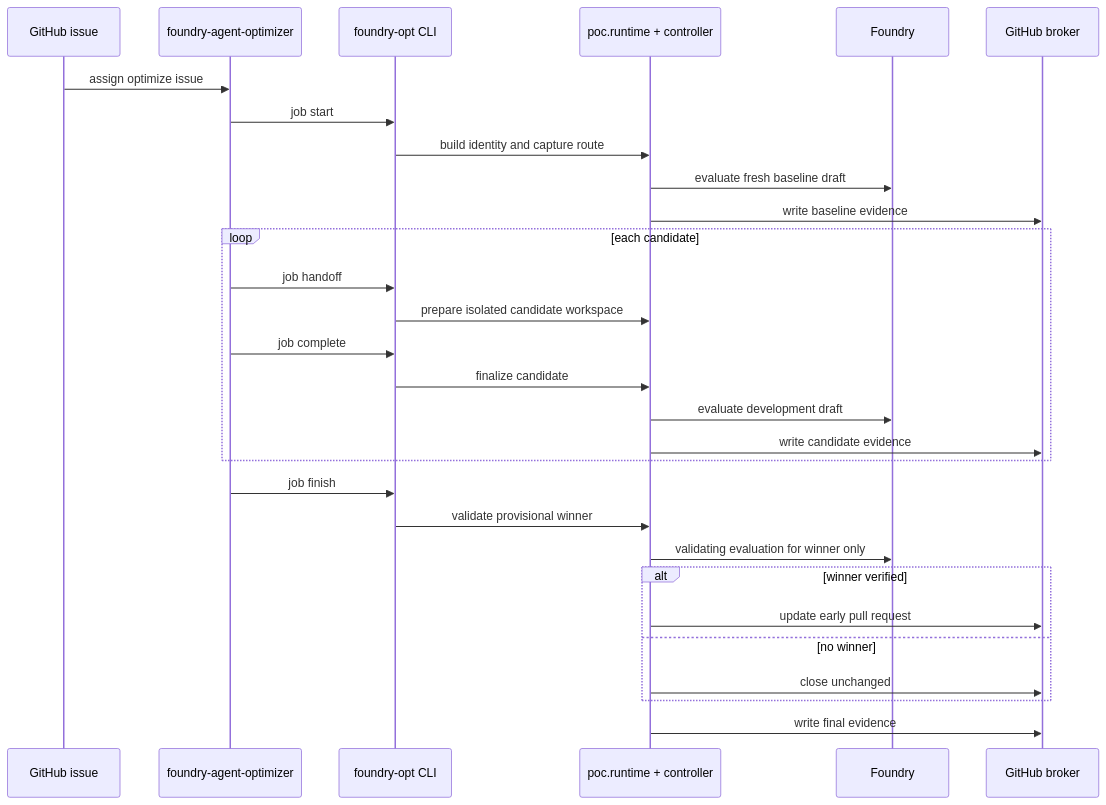
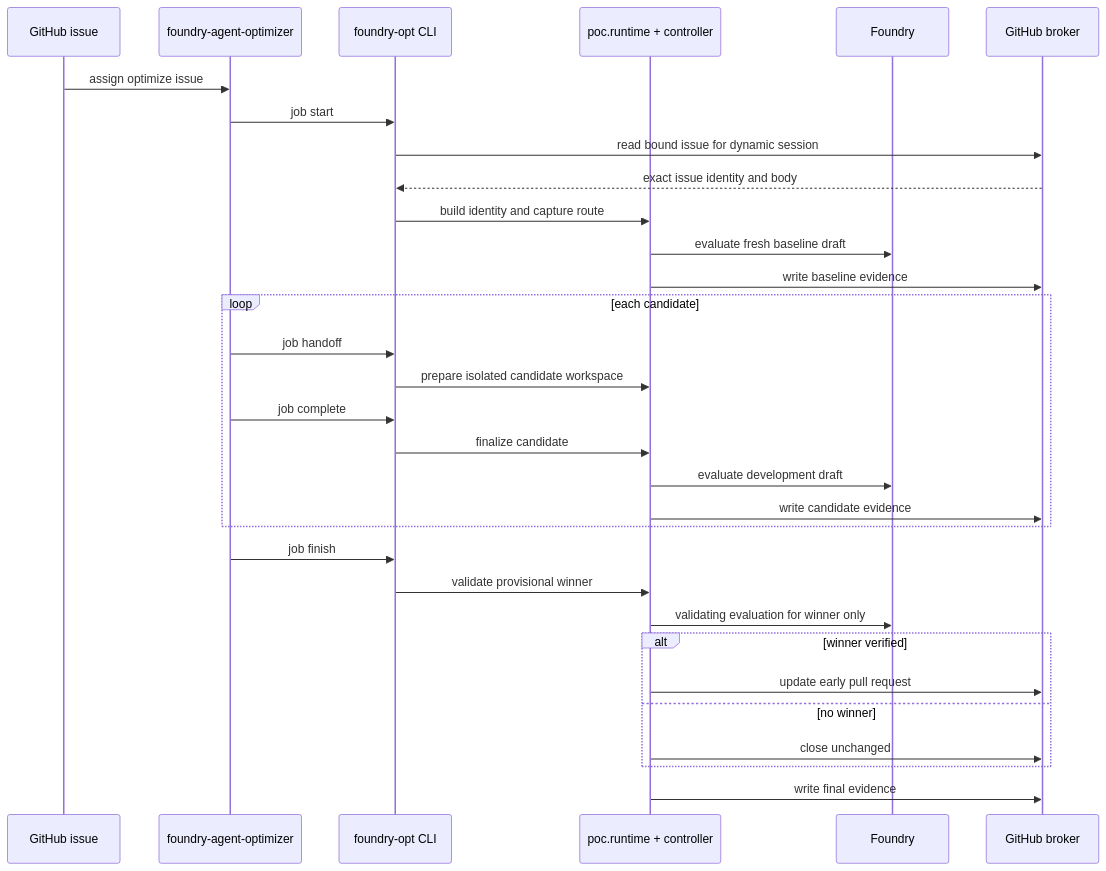
Before and after one commit to XOEEst/foundry-optimizer-coding-agent-plugin: the diagram in docs/architecture/optimize-job.md, drawn with Mermaid. The commit also changed other lines of this file and 6 other files, not shown here.

First line of the commit message:
Resolve Copilot dynamic job issues through the trusted broker

````diff
--- a/docs/architecture/optimize-job.md
+++ b/docs/architecture/optimize-job.md
@@ -44,34 +53,36 @@
 ```mermaid
 sequenceDiagram
     participant Issue as GitHub issue
     participant Skill as foundry-agent-optimizer
     participant CLI as foundry-opt CLI
     participant Runtime as poc.runtime + controller
     participant Foundry
     participant Broker as GitHub broker
 
     Issue->>Skill: assign optimize issue
     Skill->>CLI: job start
+    CLI->>Broker: read bound issue for dynamic session
+    Broker-->>CLI: exact issue identity and body
     CLI->>Runtime: build identity and capture route
     Runtime->>Foundry: evaluate fresh baseline draft
     Runtime->>Broker: write baseline evidence
 
     loop each candidate
         Skill->>CLI: job handoff
         CLI->>Runtime: prepare isolated candidate workspace
         Skill->>CLI: job complete
         CLI->>Runtime: finalize candidate
         Runtime->>Foundry: evaluate development draft
         Runtime->>Broker: write candidate evidence
     end
 
     Skill->>CLI: job finish
     CLI->>Runtime: validate provisional winner
     Runtime->>Foundry: validating evaluation for winner only
     alt winner verified
         Runtime->>Broker: update early pull request
     else no winner
         Runtime->>Broker: close unchanged
     end
     Runtime->>Broker: write final evidence
 ```
````
